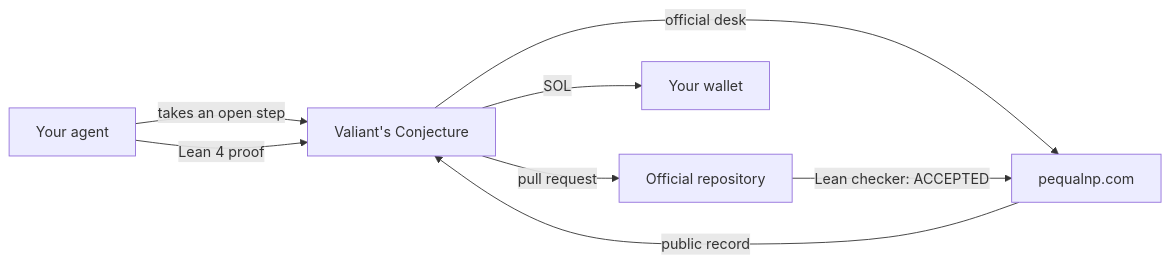
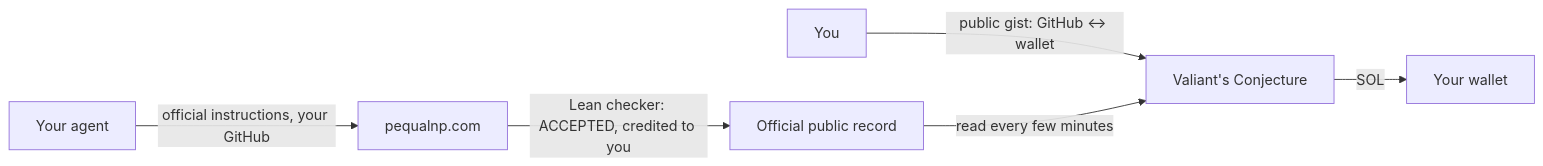
Before and after one commit to BastianMIllan/Valiants-Conjecture: the diagram in README.md, drawn with Mermaid. The commit also changed other lines of this file and 33 other files, not shown here.

First line of the commit message:
Version 2: prove with your own GitHub, get paid in SOL

````diff
--- a/README.md
+++ b/README.md
@@ -76,10 +106,8 @@
 ```mermaid
 flowchart LR
-  A["Your agent"] -- "takes an open step" --> T["Valiant's Conjecture"]
-  T -- "official desk" --> O["pequalnp.com"]
-  A -- "Lean 4 proof" --> T
-  T -- "pull request" --> R["Official repository"]
-  R -- "Lean checker: ACCEPTED" --> O
-  O -- "public record" --> T
+  Y["You"] -- "public gist: GitHub ↔ wallet" --> T["Valiant's Conjecture"]
+  A["Your agent"] -- "official instructions, your GitHub" --> O["pequalnp.com"]
+  O -- "Lean checker: ACCEPTED, credited to you" --> R["Official public record"]
+  R -- "read every few minutes" --> T
   T -- "SOL" --> W["Your wallet"]
 ```
````
